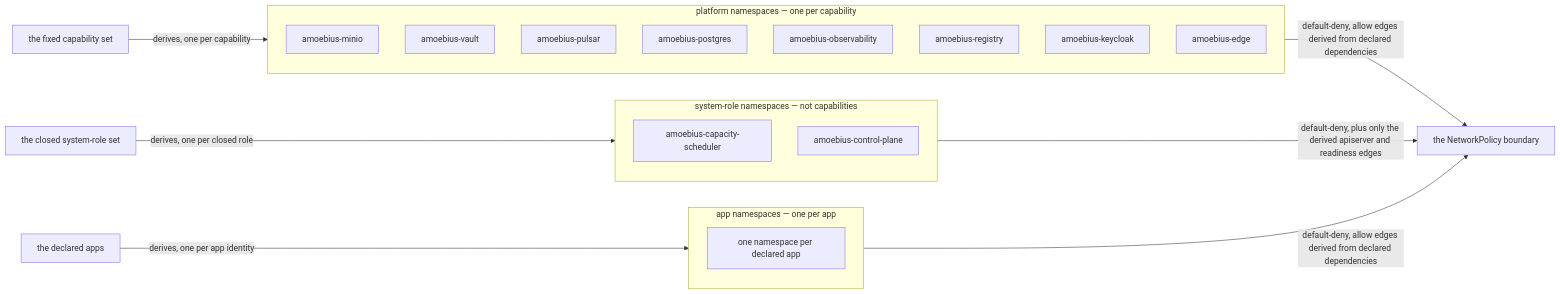
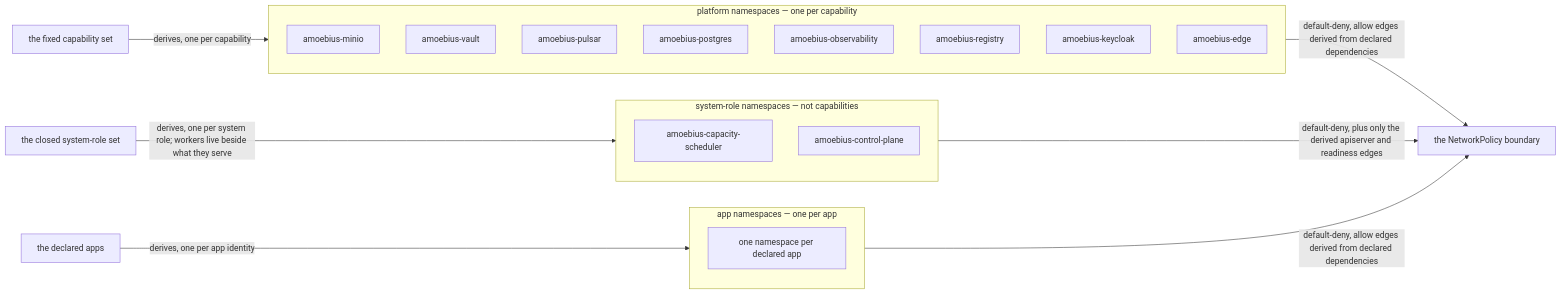
Before and after one commit to Tuee22/amoebius: the diagram in documents/engineering/namespace_layout_doctrine.md, drawn with Mermaid. The commit also changed other lines of this file and 323 other files, not shown here.

````diff
--- a/documents/engineering/namespace_layout_doctrine.md
+++ b/documents/engineering/namespace_layout_doctrine.md
@@ -129,35 +129,35 @@
 ```mermaid
 flowchart LR
   %% register: orientation
   capset["the fixed capability set"]
   roles["the closed system-role set"]
   apps["the declared apps"]
 
   subgraph plat["platform namespaces — one per capability"]
     minio["amoebius-minio"]
     vault["amoebius-vault"]
     pulsar["amoebius-pulsar"]
     pg["amoebius-postgres"]
     obs["amoebius-observability"]
     reg["amoebius-registry"]
     kc["amoebius-keycloak"]
     edge["amoebius-edge"]
   end
 
   subgraph sys["system-role namespaces — not capabilities"]
     sched["amoebius-capacity-scheduler"]
     cp["amoebius-control-plane"]
   end
 
   subgraph appns["app namespaces — one per app"]
     a1["one namespace per declared app"]
   end
 
   capset -->|"derives, one per capability"| plat
-  roles -->|"derives, one per closed role"| sys
+  roles -->|"derives, one per system role; workers live beside what they serve"| sys
   apps -->|"derives, one per app identity"| appns
 
   plat -->|"default-deny, allow edges derived from declared dependencies"| policy["the NetworkPolicy boundary"]
   sys -->|"default-deny, plus only the derived apiserver and readiness edges"| policy
   appns -->|"default-deny, allow edges derived from declared dependencies"| policy
 ```
````
